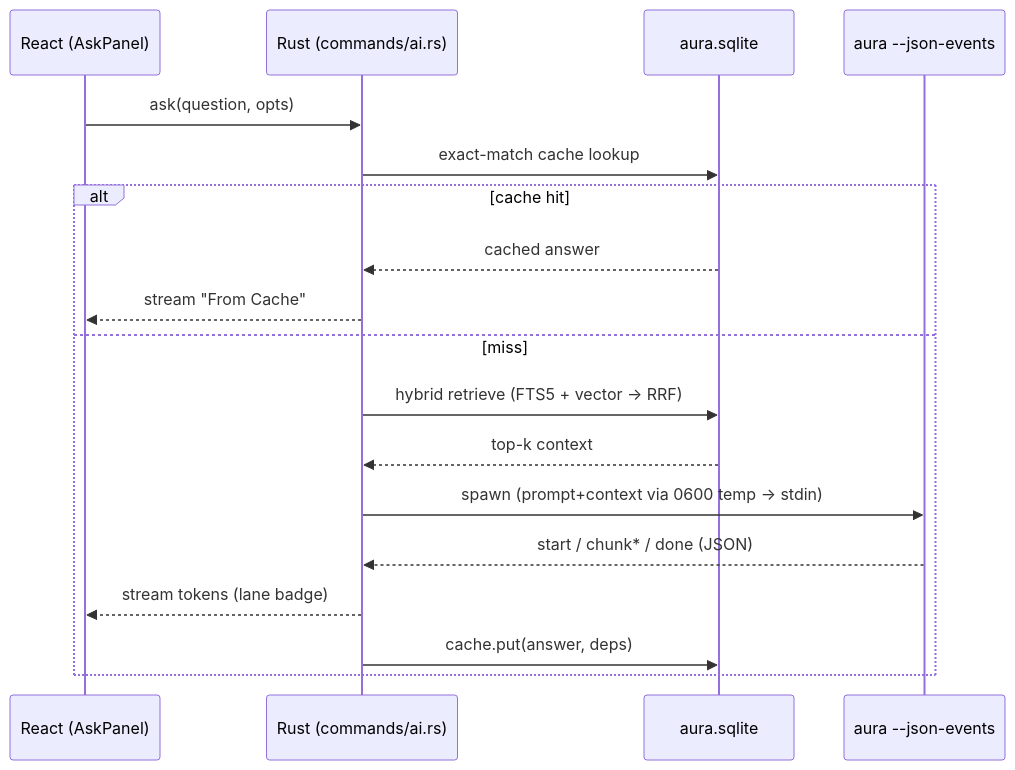
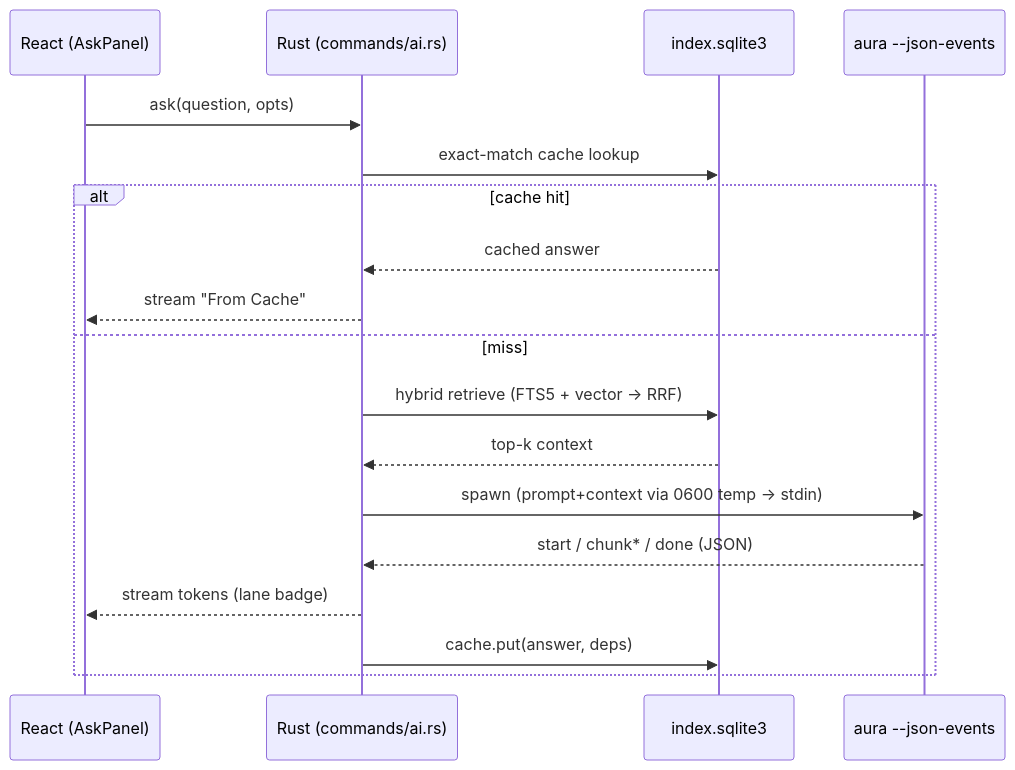
One commit to cleoanka/aura-app changed the second of 2 diagrams in docs/ARCHITECTURE.md. Above: the diagram before and after it, drawn with Mermaid. The commit also changed other lines of this file and 2 other files, not shown here.

Commit message:
docs: DB dosya adı index.sqlite3 (kodla hizala; aura.sqlite değil)

````diff
--- a/docs/ARCHITECTURE.md
+++ b/docs/ARCHITECTURE.md
@@ -59,20 +59,20 @@
 ```mermaid
 sequenceDiagram
     participant UI as React (AskPanel)
     participant BE as Rust (commands/ai.rs)
-    participant DB as aura.sqlite
+    participant DB as index.sqlite3
     participant CLI as aura --json-events
     UI->>BE: ask(question, opts)
     BE->>DB: exact-match cache lookup
     alt cache hit
         DB-->>BE: cached answer
         BE-->>UI: stream "From Cache"
     else miss
         BE->>DB: hybrid retrieve (FTS5 + vector → RRF)
         DB-->>BE: top-k context
         BE->>CLI: spawn (prompt+context via 0600 temp → stdin)
         CLI-->>BE: start / chunk* / done (JSON)
         BE-->>UI: stream tokens (lane badge)
         BE->>DB: cache.put(answer, deps)
     end
 ```
````
